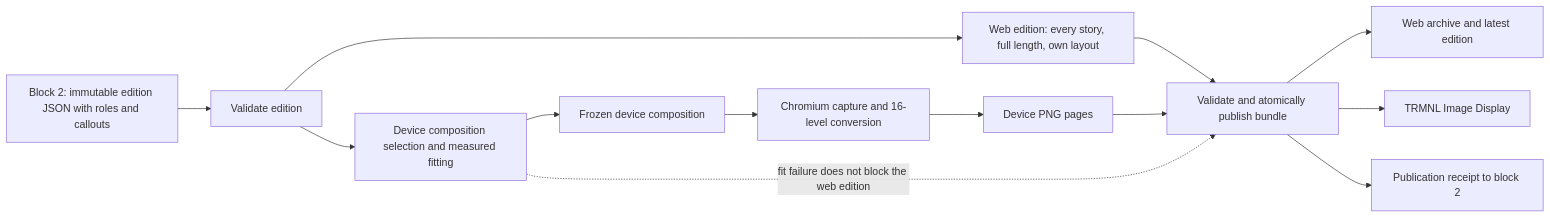
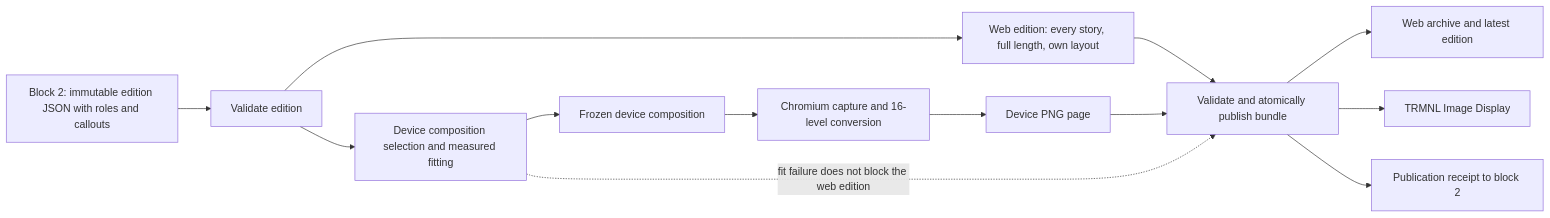
Before and after one commit to vyakimov/copenhagen-daily: the diagram in plans/news-publishing-architecture-plan.md, drawn with Mermaid. The commit also changed other lines of this file and 6 other files, not shown here.

````diff
--- a/plans/news-publishing-architecture-plan.md
+++ b/plans/news-publishing-architecture-plan.md
@@ -17,15 +21,15 @@
 ```mermaid
 flowchart LR
     A[Block 2: immutable edition JSON with roles and callouts] --> B[Validate edition]
     B --> E[Web edition: every story, full length, own layout]
     B --> C[Device composition selection and measured fitting]
     C --> D[Frozen device composition]
     D --> F[Chromium capture and 16-level conversion]
-    F --> G[Device PNG pages]
+    F --> G[Device PNG page]
     C -.->|fit failure does not block the web edition| H
     E --> H[Validate and atomically publish bundle]
     G --> H
     H --> I[Web archive and latest edition]
     H --> J[TRMNL Image Display]
     H --> K[Publication receipt to block 2]
 ```
````
